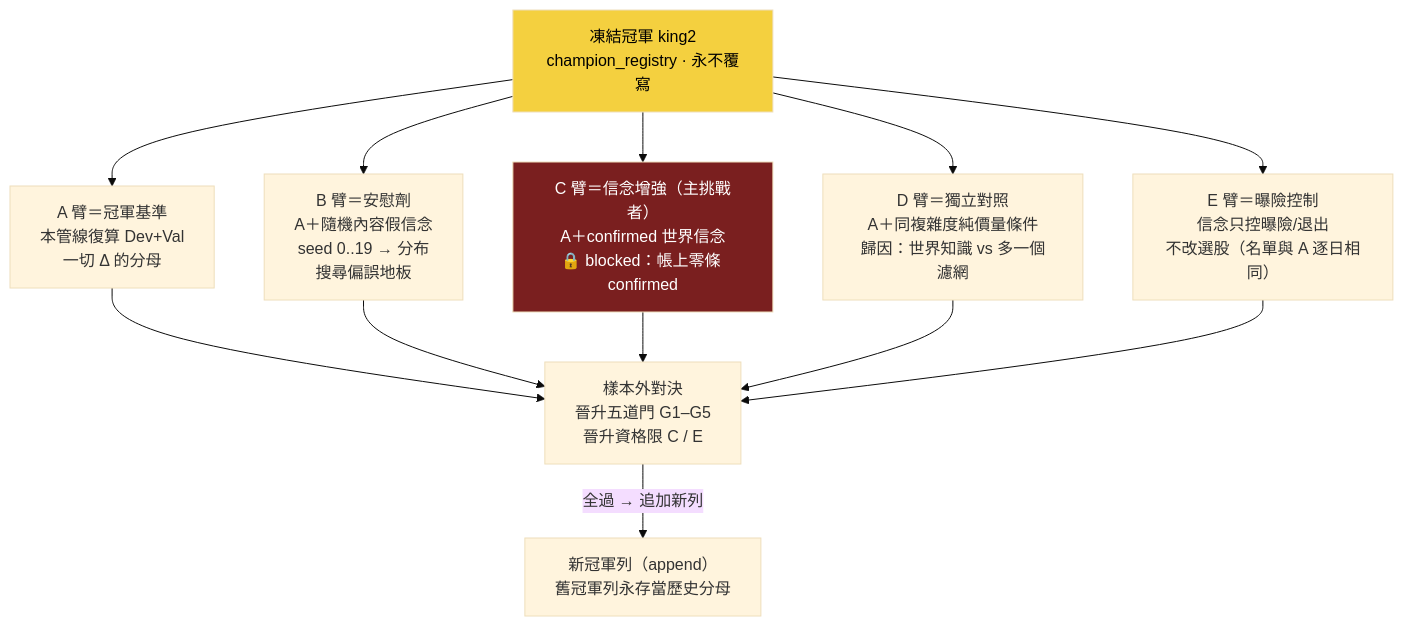
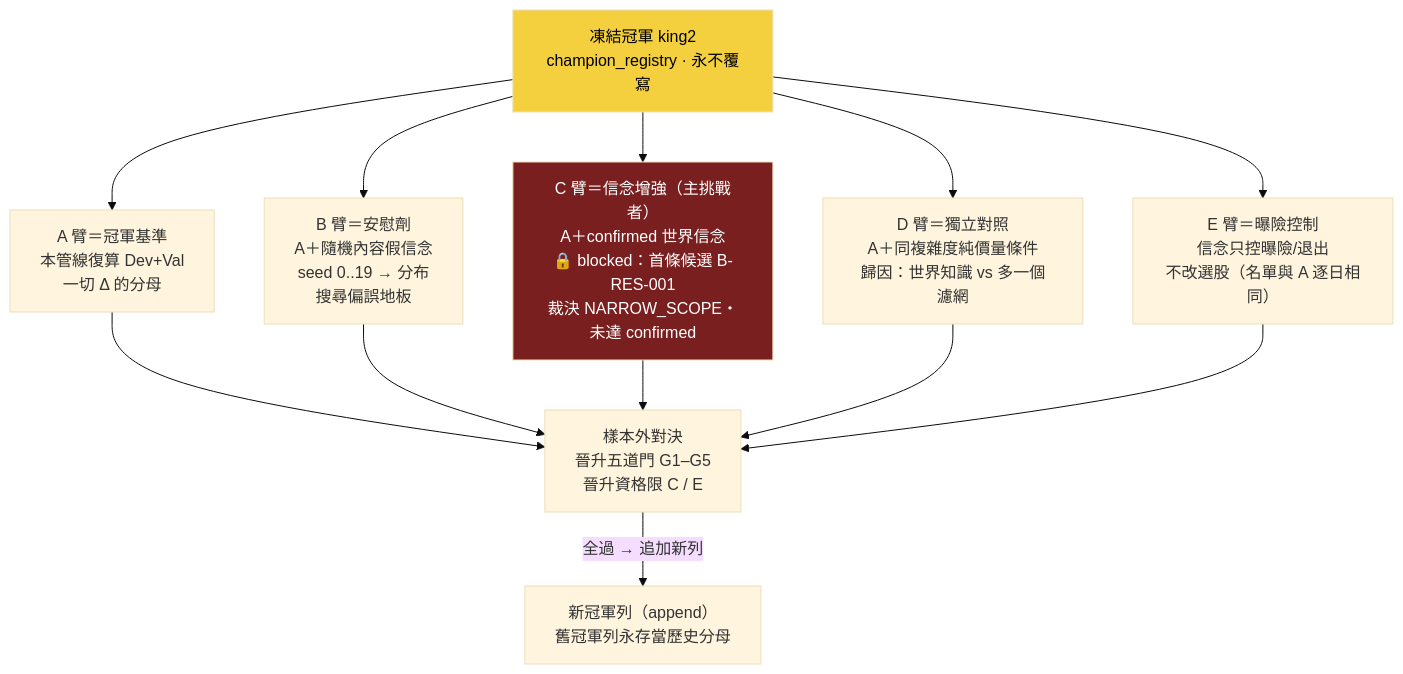
The diagram in exp-005-king2-prereg.md (Baboonbrother/alpha-evolution-wiki), drawn with Mermaid (base theme) before and after one commit. The commit also changed other lines of this file and 14 other files, not shown here.

Commit message:
exp-007 殘差信念(B-RES-001 NARROW_SCOPE,認知迴圈第一步)+exp-006賣回價實質達成(推翻3/86,956檔歷史債底可算)

````diff
--- a/exp-005-king2-prereg.md
+++ b/exp-005-king2-prereg.md
@@ -24,18 +24,18 @@
 ```mermaid
 flowchart TB
     K["凍結冠軍 king2<br/>champion_registry · 永不覆寫"]
     A["A 臂＝冠軍基準<br/>本管線復算 Dev+Val<br/>一切 Δ 的分母"]
     B["B 臂＝安慰劑<br/>A＋隨機內容假信念<br/>seed 0..19 → 分布<br/>搜尋偏誤地板"]
-    C["C 臂＝信念增強（主挑戰者）<br/>A＋confirmed 世界信念<br/>🔒 blocked：帳上零條 confirmed"]
+    C["C 臂＝信念增強（主挑戰者）<br/>A＋confirmed 世界信念<br/>🔒 blocked：首條候選 B-RES-001<br/>裁決 NARROW_SCOPE・未達 confirmed"]
     D["D 臂＝獨立對照<br/>A＋同複雜度純價量條件<br/>歸因：世界知識 vs 多一個濾網"]
     E["E 臂＝曝險控制<br/>信念只控曝險/退出<br/>不改選股（名單與 A 逐日相同）"]
     K --> A
     K --> B
     K --> C
     K --> D
     K --> E
     A & B & C & D & E --> G["樣本外對決<br/>晉升五道門 G1–G5<br/>晉升資格限 C / E"]
     G -->|"全過 → 追加新列"| NEW["新冠軍列（append）<br/>舊冠軍列永存當歷史分母"]
     style C fill:#7a1f1f,color:#fff
     style K fill:#f4d03f,color:#000
 ```
````
